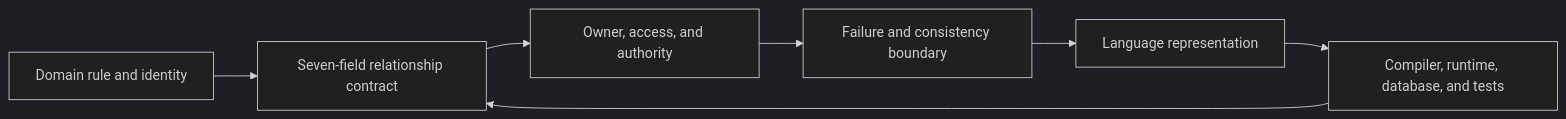
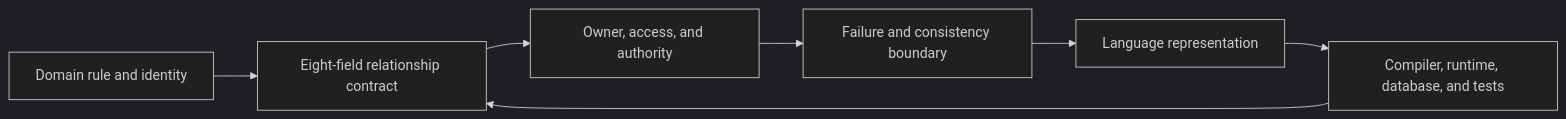
Before and after one commit to limaronaldo/roo: the first of 2 diagrams in docs/08-rust-and-object-design.md, drawn with Mermaid (dark theme). The commit also changed other lines of this file and 47 other files, not shown here.

````diff
--- a/docs/08-rust-and-object-design.md
+++ b/docs/08-rust-and-object-design.md
@@ -502,9 +529,9 @@
 ```mermaid
 flowchart LR
-    A[Domain rule and identity] --> B[Seven-field relationship contract]
+    A[Domain rule and identity] --> B[Eight-field relationship contract]
     B --> C[Owner, access, and authority]
     C --> D[Failure and consistency boundary]
     D --> E[Language representation]
     E --> F[Compiler, runtime, database, and tests]
     F --> B
 ```
````
